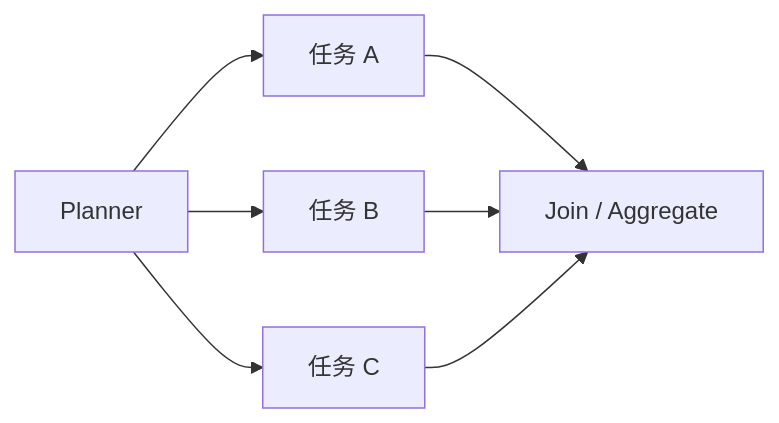
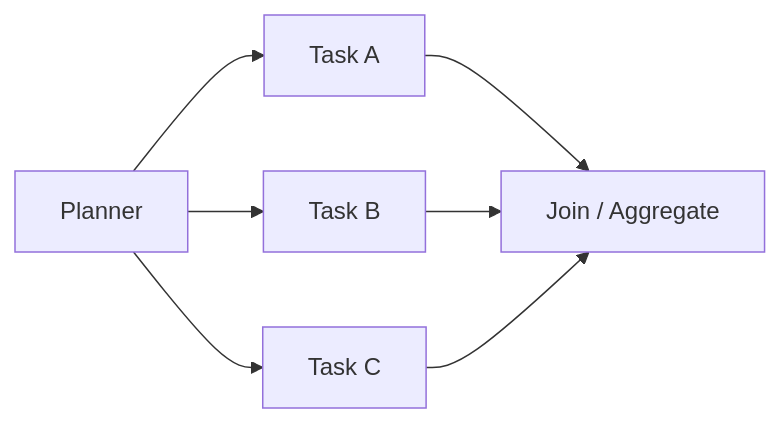
The ninth of 16 diagrams in docs/agent/02-reasoning-planning/06-task-decomposition.md (oneleaveknowsthefall/awesome-ai-roadmap), drawn with Mermaid before and after one commit. The commit also changed other lines of this file and 68 other files, not shown here.

````diff
--- a/docs/agent/02-reasoning-planning/06-task-decomposition.md
+++ b/docs/agent/02-reasoning-planning/06-task-decomposition.md
@@ -503,9 +505,9 @@
 ```mermaid
 flowchart LR
-    P[Planner] --> A[任务 A]
-    P --> B[任务 B]
-    P --> C[任务 C]
+    P[Planner] --> A[Task A]
+    P --> B[Task B]
+    P --> C[Task C]
     A --> J[Join / Aggregate]
     B --> J
     C --> J
 ```
````
